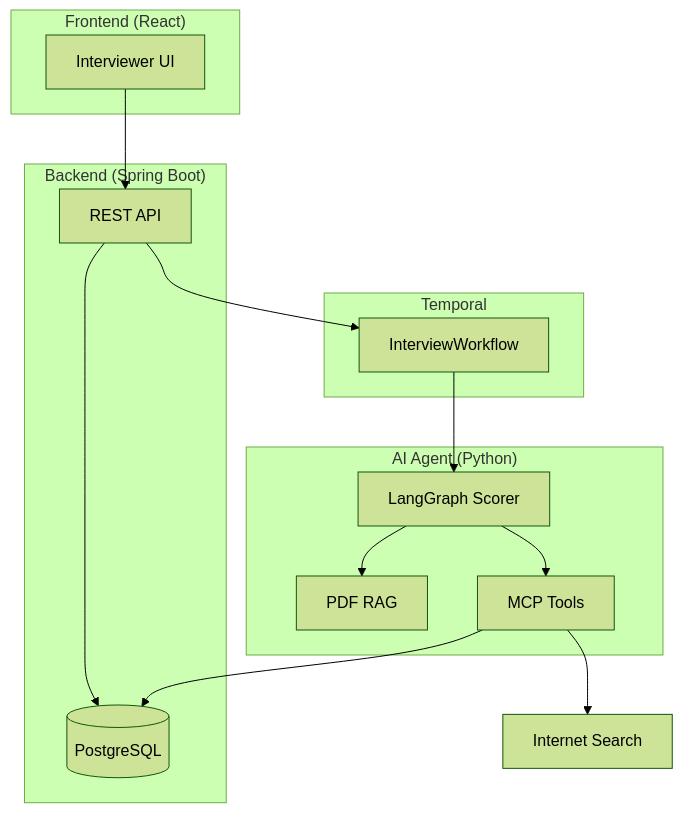
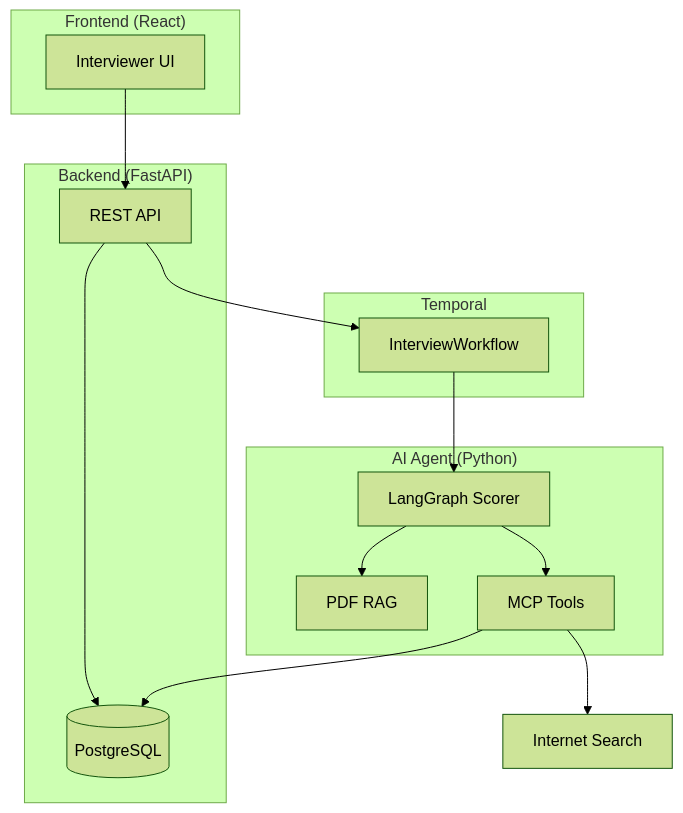
One commit to johnbr001/hr_interview_agent changed the diagram in README.md. Above: the diagram before and after it, drawn with Mermaid (forest theme). The commit also changed other lines of this file and 53 other files, not shown here.

````diff
--- a/README.md
+++ b/README.md
@@ -7,26 +7,26 @@
 ```mermaid
 flowchart TB
     subgraph FE["Frontend (React)"]
         UI[Interviewer UI]
     end
-    subgraph BE["Backend (Spring Boot)"]
+    subgraph BE["Backend (FastAPI)"]
         API[REST API]
         DB[(PostgreSQL)]
     end
     subgraph TW["Temporal"]
         WF[InterviewWorkflow]
     end
     subgraph AI["AI Agent (Python)"]
         LG[LangGraph Scorer]
         RAG[PDF RAG]
         MCP[MCP Tools]
     end
     UI --> API
     API --> DB
     API --> WF
     WF --> LG
     LG --> RAG
     LG --> MCP
     MCP --> Web[Internet Search]
     MCP --> DB
 ```
````
